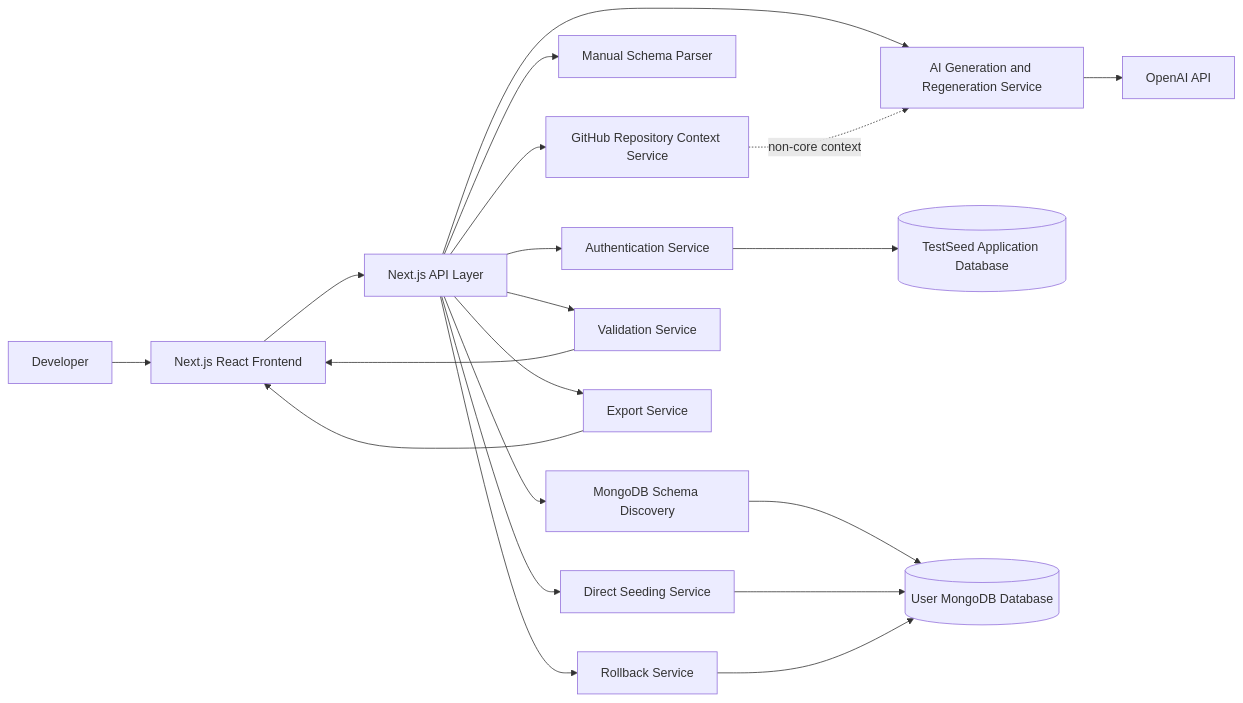
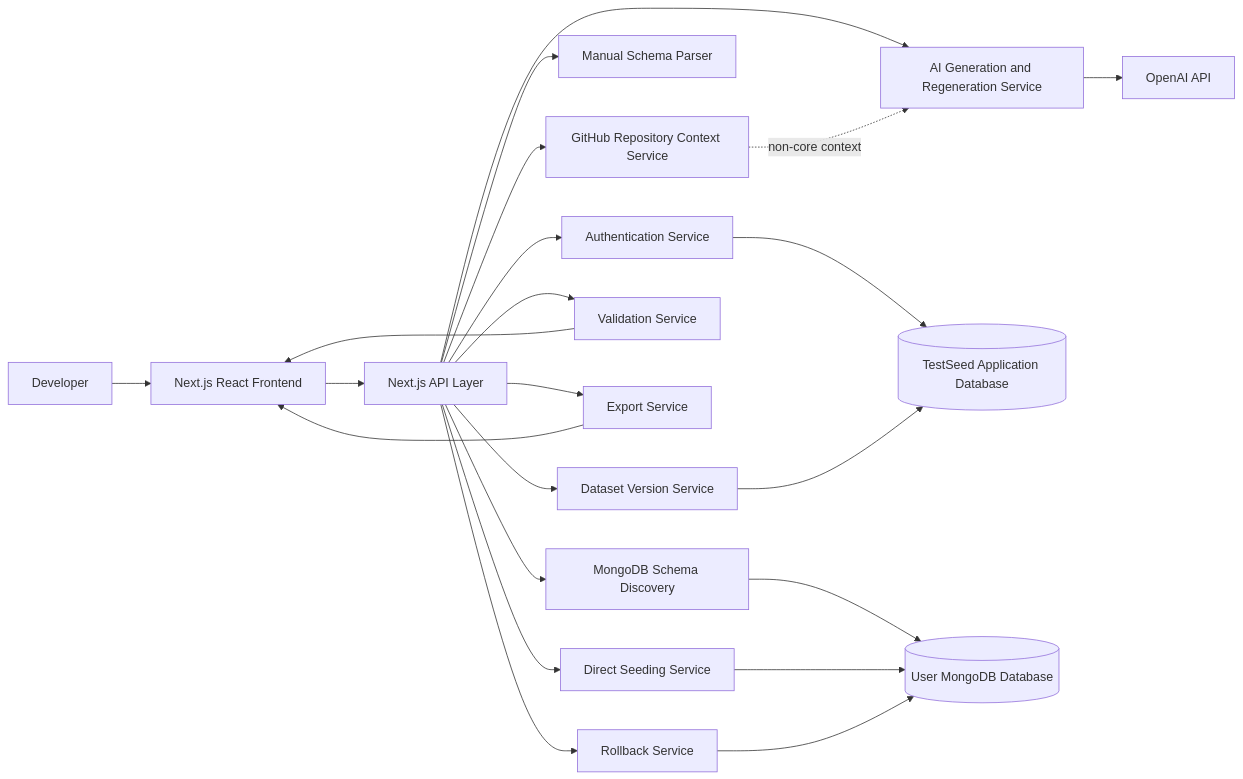
One commit to hanaessam/testseed changed the diagram in docs/requirements.md. Above: the diagram before and after it, drawn with Mermaid. The commit also changed other lines of this file and 30 other files, not shown here.

````diff
--- a/docs/requirements.md
+++ b/docs/requirements.md
@@ -75,22 +80,24 @@
 ```mermaid
 flowchart LR
     User[Developer] --> UI[Next.js React Frontend]
     UI --> API[Next.js API Layer]
     API --> Auth[Authentication Service]
     API --> Parser[Manual Schema Parser]
     API --> Discovery[MongoDB Schema Discovery]
     API --> GitHub[GitHub Repository Context Service]
     API --> AI[AI Generation and Regeneration Service]
     API --> Validator[Validation Service]
     API --> Exporter[Export Service]
     API --> Seeder[Direct Seeding Service]
+    API --> Versions[Dataset Version Service]
     API --> Rollback[Rollback Service]
     Auth --> AppDb[(TestSeed Application Database)]
+    Versions --> AppDb
     GitHub -. non-core context .-> AI
     AI --> OpenAI[OpenAI API]
     Discovery --> Mongo[(User MongoDB Database)]
     Seeder --> Mongo
     Rollback --> Mongo
     Validator --> UI
     Exporter --> UI
 ```
````
